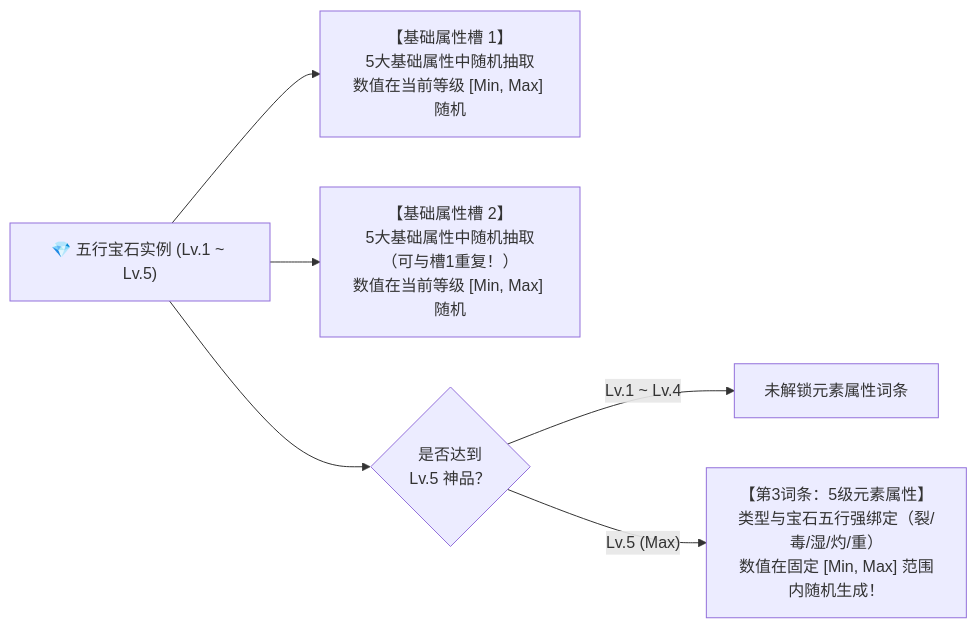
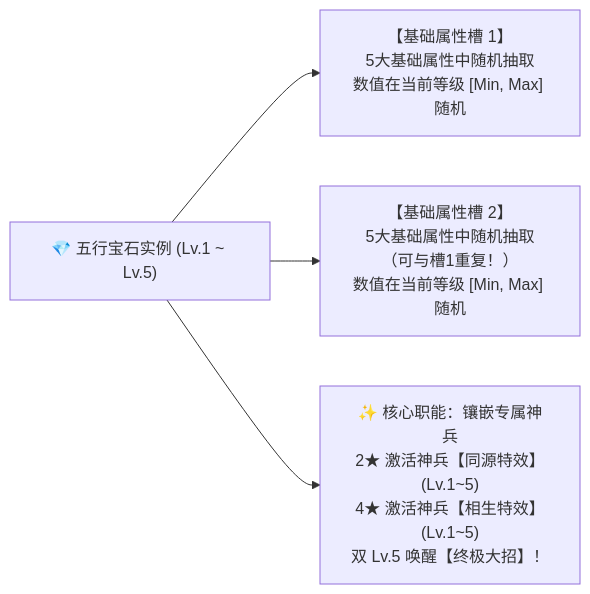
The third of 10 diagrams in docs/Wuxing_System_Design.md (niuchangsheng/TowerDefense), drawn with Mermaid before and after one commit. The commit also changed other lines of this file, not shown here.

````diff
--- a/docs/Wuxing_System_Design.md
+++ b/docs/Wuxing_System_Design.md
@@ -621,8 +592,6 @@
 ```mermaid
 flowchart LR
     Gem["💎 五行宝石实例 (Lv.1 ~ Lv.5)"] --> B1["【基础属性槽 1】\n5大基础属性中随机抽取\n数值在当前等级 [Min, Max] 随机"]
     Gem --> B2["【基础属性槽 2】\n5大基础属性中随机抽取（可与槽1重复！）\n数值在当前等级 [Min, Max] 随机"]
-    Gem --> E1{"是否达到\nLv.5 神品？"}
-    E1 -- "Lv.1 ~ Lv.4" --> NoElem["未解锁元素属性词条"]
-    E1 -- "Lv.5 (Max)" --> Elem["【第3词条：5级元素属性】\n类型与宝石五行强绑定（裂/毒/湿/灼/重）\n数值在固定 [Min, Max] 范围内随机生成！"]
+    Gem --> Socket["✨ 核心职能：镶嵌专属神兵\n2★ 激活神兵【同源特效】(Lv.1~5)\n4★ 激活神兵【相生特效】(Lv.1~5)\n双 Lv.5 唤醒【终极大招】！"]
 ```
````
